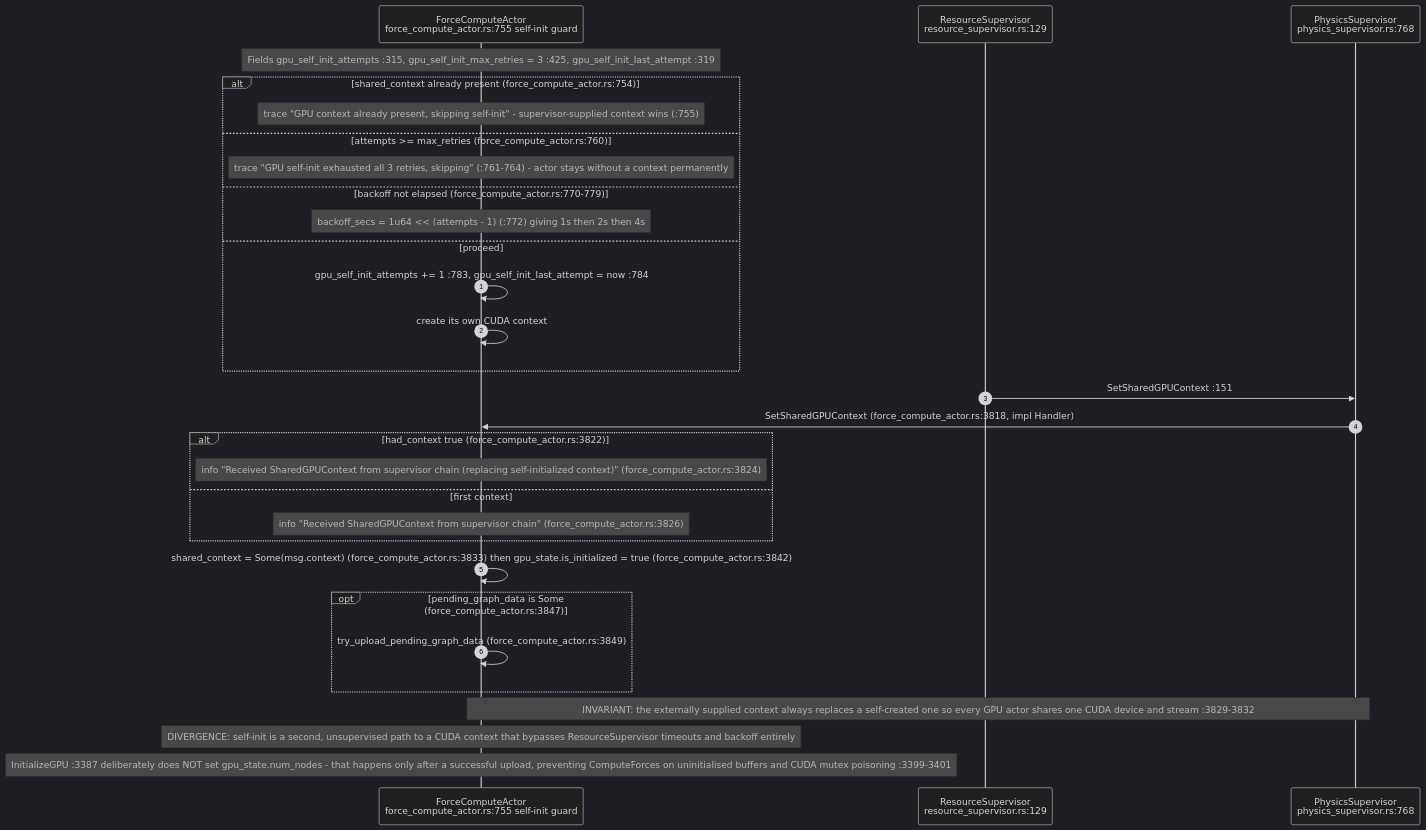
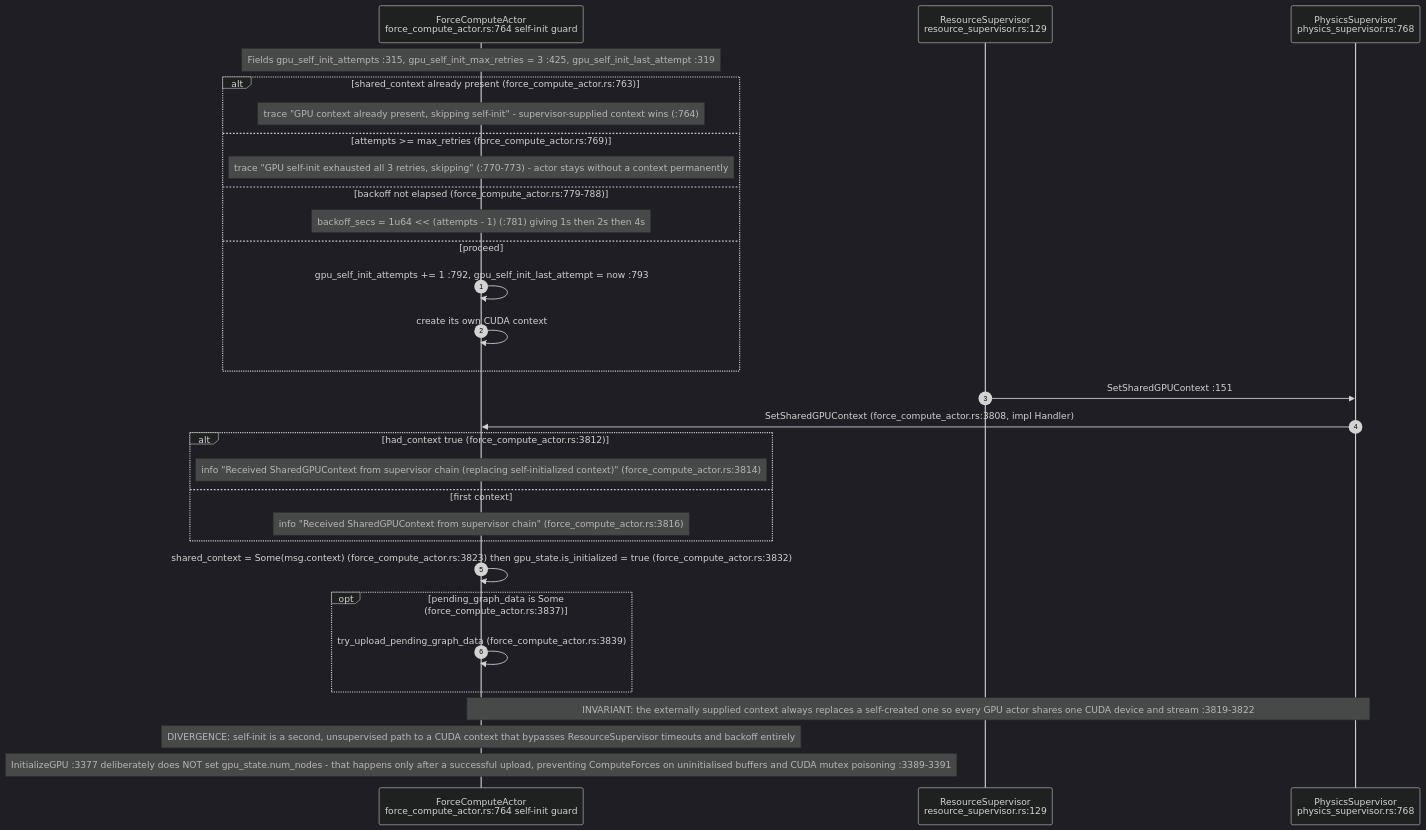
The sixth of 7 diagrams in docs/diagrams/visionclaw/10-gpu-supervision-and-context-bus.md (DreamLab-AI/VisionFlow), drawn with Mermaid (dark theme) before and after one commit. The commit also changed other lines of this file and 31 other files, not shown here.

````diff
--- a/docs/diagrams/visionclaw/10-gpu-supervision-and-context-bus.md
+++ b/docs/diagrams/visionclaw/10-gpu-supervision-and-context-bus.md
@@ -236,33 +236,33 @@
 ```mermaid
 sequenceDiagram
     autonumber
-    participant FCA as ForceComputeActor<br/>force_compute_actor.rs:755 self-init guard
+    participant FCA as ForceComputeActor<br/>force_compute_actor.rs:764 self-init guard
     participant RS as ResourceSupervisor<br/>resource_supervisor.rs:129
     participant PS as PhysicsSupervisor<br/>physics_supervisor.rs:768
 
     Note over FCA: Fields gpu_self_init_attempts :315, gpu_self_init_max_retries = 3 :425, gpu_self_init_last_attempt :319
-    alt shared_context already present (force_compute_actor.rs:754)
-        Note over FCA: trace "GPU context already present, skipping self-init" - supervisor-supplied context wins (:755)
-    else attempts >= max_retries (force_compute_actor.rs:760)
-        Note over FCA: trace "GPU self-init exhausted all 3 retries, skipping" (:761-764) - actor stays without a context permanently
-    else backoff not elapsed (force_compute_actor.rs:770-779)
-        Note over FCA: backoff_secs = 1u64 << (attempts - 1) (:772) giving 1s then 2s then 4s
+    alt shared_context already present (force_compute_actor.rs:763)
+        Note over FCA: trace "GPU context already present, skipping self-init" - supervisor-supplied context wins (:764)
+    else attempts >= max_retries (force_compute_actor.rs:769)
+        Note over FCA: trace "GPU self-init exhausted all 3 retries, skipping" (:770-773) - actor stays without a context permanently
+    else backoff not elapsed (force_compute_actor.rs:779-788)
+        Note over FCA: backoff_secs = 1u64 << (attempts - 1) (:781) giving 1s then 2s then 4s
     else proceed
-        FCA->>FCA: gpu_self_init_attempts += 1 :783, gpu_self_init_last_attempt = now :784
+        FCA->>FCA: gpu_self_init_attempts += 1 :792, gpu_self_init_last_attempt = now :793
         FCA->>FCA: create its own CUDA context
     end
     RS->>PS: SetSharedGPUContext :151
-    PS->>FCA: SetSharedGPUContext (force_compute_actor.rs:3818, impl Handler)
-    alt had_context true (force_compute_actor.rs:3822)
-        Note over FCA: info "Received SharedGPUContext from supervisor chain (replacing self-initialized context)" (force_compute_actor.rs:3824)
+    PS->>FCA: SetSharedGPUContext (force_compute_actor.rs:3808, impl Handler)
+    alt had_context true (force_compute_actor.rs:3812)
+        Note over FCA: info "Received SharedGPUContext from supervisor chain (replacing self-initialized context)" (force_compute_actor.rs:3814)
     else first context
-        Note over FCA: info "Received SharedGPUContext from supervisor chain" (force_compute_actor.rs:3826)
+        Note over FCA: info "Received SharedGPUContext from supervisor chain" (force_compute_actor.rs:3816)
     end
-    FCA->>FCA: shared_context = Some(msg.context) (force_compute_actor.rs:3833) then gpu_state.is_initialized = true (force_compute_actor.rs:3842)
-    opt pending_graph_data is Some (force_compute_actor.rs:3847)
-        FCA->>FCA: try_upload_pending_graph_data (force_compute_actor.rs:3849)
+    FCA->>FCA: shared_context = Some(msg.context) (force_compute_actor.rs:3823) then gpu_state.is_initialized = true (force_compute_actor.rs:3832)
+    opt pending_graph_data is Some (force_compute_actor.rs:3837)
+        FCA->>FCA: try_upload_pending_graph_data (force_compute_actor.rs:3839)
     end
-    Note over FCA,PS: INVARIANT: the externally supplied context always replaces a self-created one so every GPU actor shares one CUDA device and stream :3829-3832
+    Note over FCA,PS: INVARIANT: the externally supplied context always replaces a self-created one so every GPU actor shares one CUDA device and stream :3819-3822
     Note over FCA: DIVERGENCE: self-init is a second, unsupervised path to a CUDA context that bypasses ResourceSupervisor timeouts and backoff entirely
-    Note over FCA: InitializeGPU :3387 deliberately does NOT set gpu_state.num_nodes - that happens only after a successful upload, preventing ComputeForces on uninitialised buffers and CUDA mutex poisoning :3399-3401
+    Note over FCA: InitializeGPU :3377 deliberately does NOT set gpu_state.num_nodes - that happens only after a successful upload, preventing ComputeForces on uninitialised buffers and CUDA mutex poisoning :3389-3391
 ```
````
